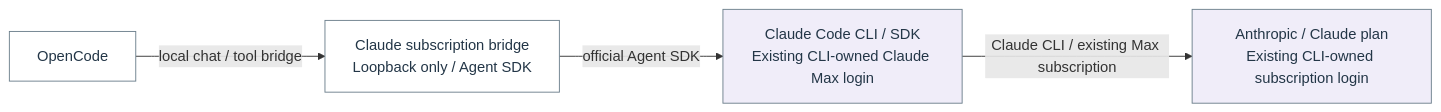
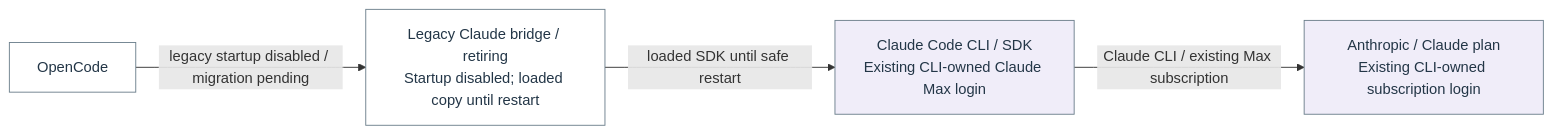
The diagram in docs/architecture/flow-20.mmd (Harsh-2002/Homelab), drawn with Mermaid before and after one commit. The commit also changed 39 other files, not shown here.

Commit message:
Retire unused Claude bridge startup without restarting active OpenCode

```diff
--- a/docs/architecture/flow-20.mmd
+++ b/docs/architecture/flow-20.mmd
@@ -1,12 +1,12 @@
 flowchart LR
   n_flow_20_0["OpenCode"]
-  n_flow_20_1["Claude subscription bridge<br/>Loopback only / Agent SDK"]
+  n_flow_20_1["Legacy Claude bridge / retiring<br/>Startup disabled; loaded copy until restart"]
   n_flow_20_2["Claude Code CLI / SDK<br/>Existing CLI-owned Claude Max login"]
   n_flow_20_3["Anthropic / Claude plan<br/>Existing CLI-owned subscription login"]
-  n_flow_20_0 -->|"local chat / tool bridge"| n_flow_20_1
-  n_flow_20_1 -->|"official Agent SDK"| n_flow_20_2
+  n_flow_20_0 -->|"legacy startup disabled / migration pending"| n_flow_20_1
+  n_flow_20_1 -->|"loaded SDK until safe restart"| n_flow_20_2
   n_flow_20_2 -->|"Claude CLI / existing Max subscription"| n_flow_20_3
   classDef c_flow_20_0 fill:#ffffff,stroke:#6c7f8c,color:#233647;
   class n_flow_20_0,n_flow_20_1 c_flow_20_0;
   classDef c_flow_20_1 fill:#f0edf9,stroke:#6c7f8c,color:#233647;
   class n_flow_20_2,n_flow_20_3 c_flow_20_1;
```
